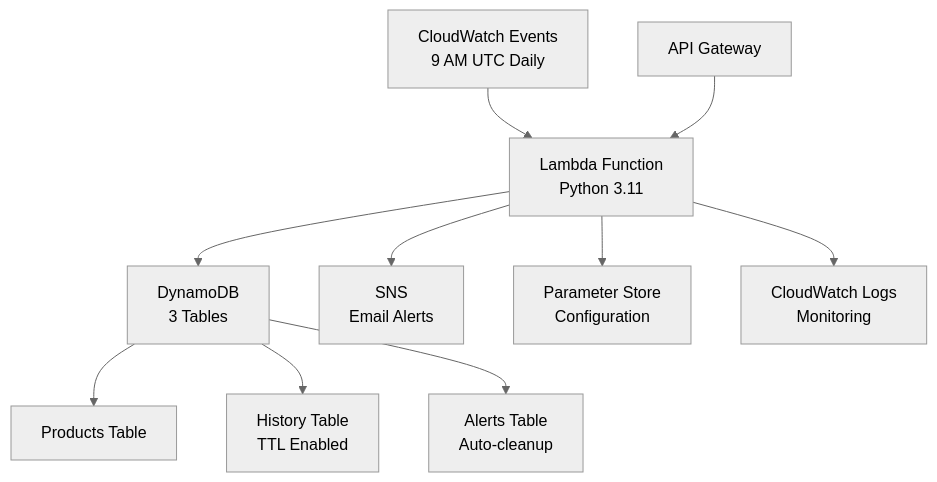
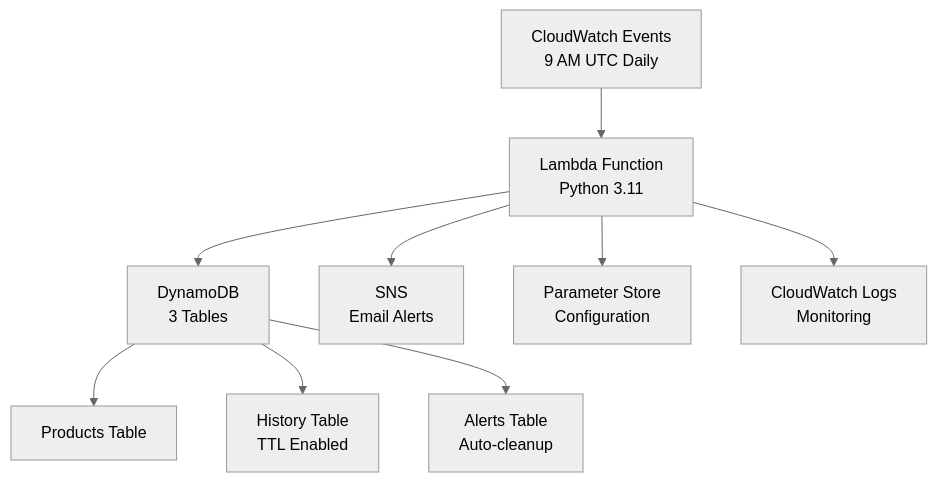
The diagram in README.md (designed7000/Data_extractor), drawn with Mermaid (neutral theme) before and after one commit.

````diff
--- a/README.md
+++ b/README.md
@@ -40,13 +40,12 @@
 ```mermaid
 graph TB
     A[CloudWatch Events<br/>9 AM UTC Daily] --> B[Lambda Function<br/>Python 3.11]
     B --> C[DynamoDB<br/>3 Tables]
     B --> D[SNS<br/>Email Alerts]
     B --> E[Parameter Store<br/>Configuration]
-    F[API Gateway] --> B
     B --> G[CloudWatch Logs<br/>Monitoring]
     
     C --> C1[Products Table]
     C --> C2[History Table<br/>TTL Enabled]
     C --> C3[Alerts Table<br/>Auto-cleanup]
 ```
````
